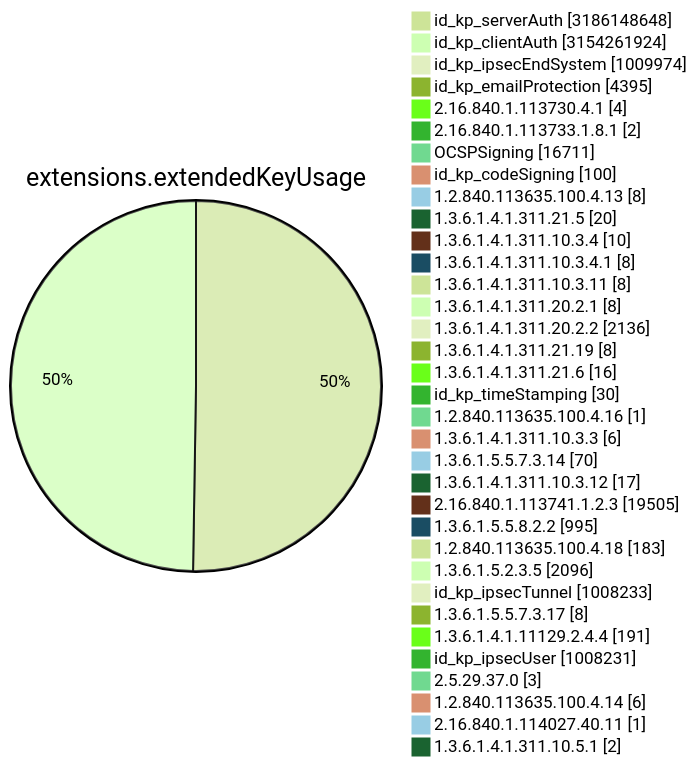
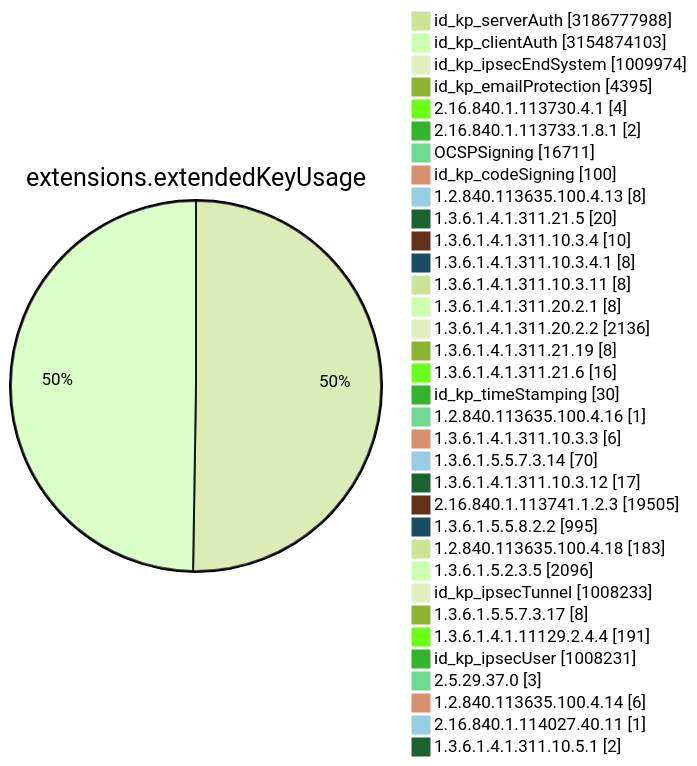
One commit to christiankrug/ctmonitor_visualization changed diagram 11 of 15 in TOTAL/README.md. Above: the diagram before and after it, drawn with Mermaid (forest theme). The commit also changed other lines of this file, not shown here.

````diff
--- a/TOTAL/README.md
+++ b/TOTAL/README.md
@@ -4119,38 +4119,38 @@
 ```mermaid
 pie showData
 title extensions.extendedKeyUsage
-"id_kp_serverAuth" :3186148648
-"id_kp_clientAuth" :3154261924
+"id_kp_serverAuth" :3186777988
+"id_kp_clientAuth" :3154874103
 "id_kp_ipsecEndSystem" :1009974
 "id_kp_emailProtection" :4395
 "2.16.840.1.113730.4.1" :4
 "2.16.840.1.113733.1.8.1" :2
 "OCSPSigning" :16711
 "id_kp_codeSigning" :100
 "1.2.840.113635.100.4.13" :8
 "1.3.6.1.4.1.311.21.5" :20
 "1.3.6.1.4.1.311.10.3.4" :10
 "1.3.6.1.4.1.311.10.3.4.1" :8
 "1.3.6.1.4.1.311.10.3.11" :8
 "1.3.6.1.4.1.311.20.2.1" :8
 "1.3.6.1.4.1.311.20.2.2" :2136
 "1.3.6.1.4.1.311.21.19" :8
 "1.3.6.1.4.1.311.21.6" :16
 "id_kp_timeStamping" :30
 "1.2.840.113635.100.4.16" :1
 "1.3.6.1.4.1.311.10.3.3" :6
 "1.3.6.1.5.5.7.3.14" :70
 "1.3.6.1.4.1.311.10.3.12" :17
 "2.16.840.1.113741.1.2.3" :19505
 "1.3.6.1.5.5.8.2.2" :995
 "1.2.840.113635.100.4.18" :183
 "1.3.6.1.5.2.3.5" :2096
 "id_kp_ipsecTunnel" :1008233
 "1.3.6.1.5.5.7.3.17" :8
 "1.3.6.1.4.1.11129.2.4.4" :191
 "id_kp_ipsecUser" :1008231
 "2.5.29.37.0" :3
 "1.2.840.113635.100.4.14" :6
 "2.16.840.1.114027.40.11" :1
 "1.3.6.1.4.1.311.10.5.1" :2
 ```
````
